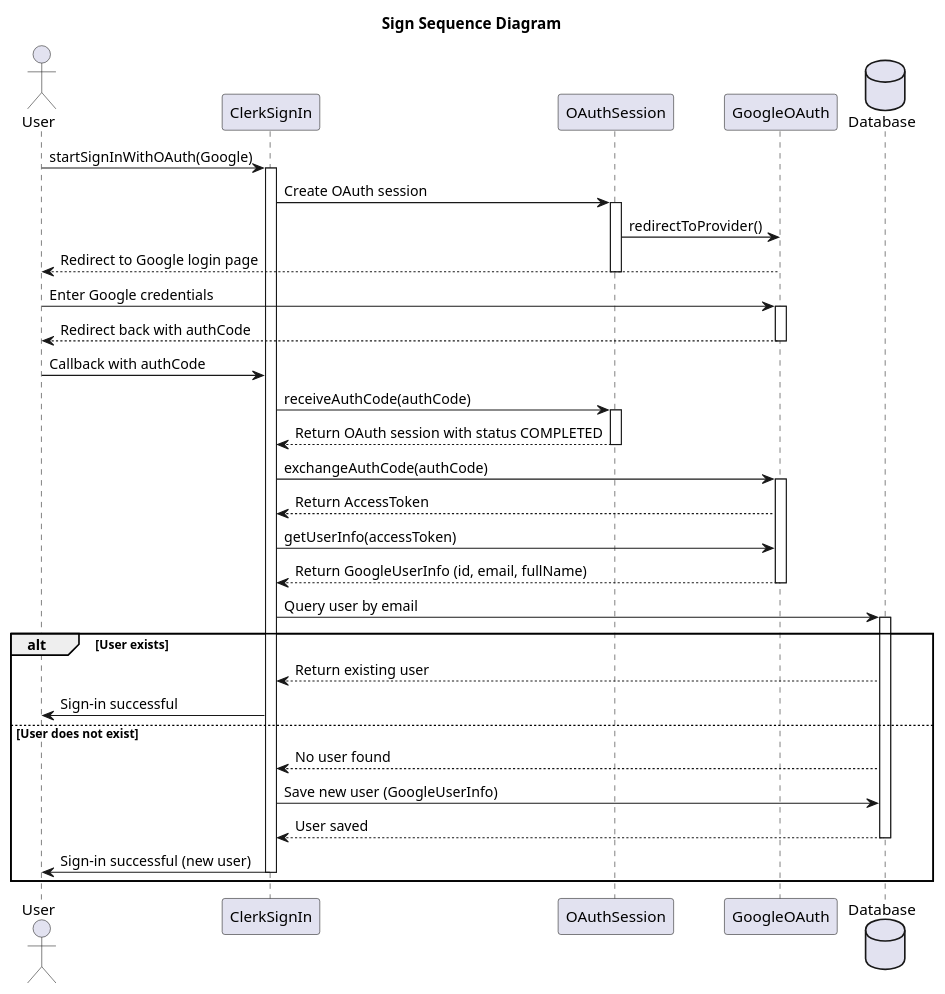
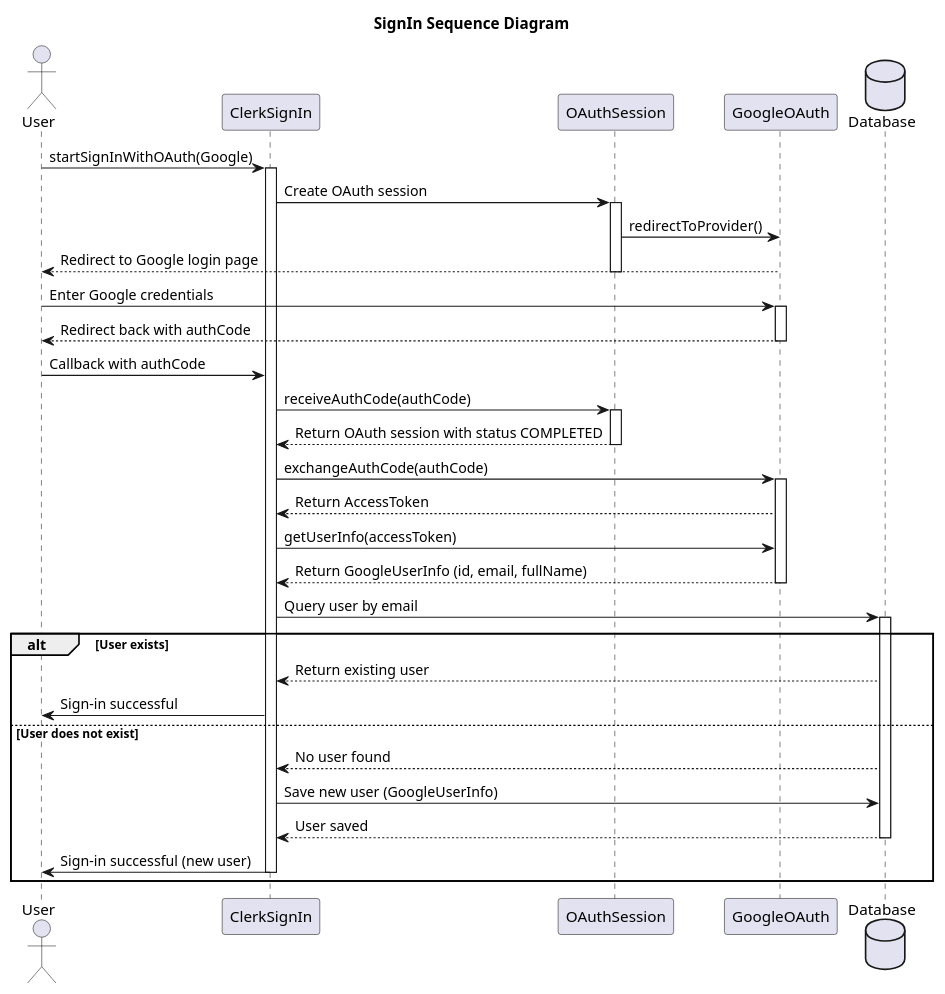
The diagram in ClassDiagram/Authentication/SignInSequenceDiagram.plantuml (Caothuludau/InSyncDocument), drawn with PlantUML before and after one commit. The commit also changed 132 other files, not shown here.

```diff
--- a/ClassDiagram/Authentication/SignInSequenceDiagram.plantuml
+++ b/ClassDiagram/Authentication/SignInSequenceDiagram.plantuml
@@ -1,71 +1,71 @@
 @startuml SignSequenceDiagram
 skinparam classAttributeIconSize 0
-Title Sign Sequence Diagram
+Title SignIn Sequence Diagram
 'Character	Visibility
 '-			private
 '#			protected
 '~			package private
 '+			public
 
 'Extension	<|--	Quan hệ mở rộng từ (là extends hoặc implements nhưng ko có annotations trong code)
 'Composition	*--	 Quan hệ gắn kết chặt chẽ : part - of
 'Aggregation	o--	Quan hệ liên kết giữa hai thực thể : use, has
 
 ' Include các file vào trong file để sử dụng'
     actor "User" as U
 participant "ClerkSignIn" as CS
 participant "OAuthSession" as OS
 participant "GoogleOAuth" as GO
 database "Database" as DB
 
 ' Người dùng bắt đầu quy trình đăng nhập
 U -> CS : startSignInWithOAuth(Google)
 activate CS
 CS -> OS : Create OAuth session
 activate OS
 OS -> GO : redirectToProvider()
 GO --> U : Redirect to Google login page
 deactivate OS
 
 ' Người dùng đăng nhập vào Google
 U -> GO : Enter Google credentials
 activate GO
 GO --> U : Redirect back with authCode
 deactivate GO
 
 ' Hệ thống nhận mã xác thực từ Google
 U -> CS : Callback with authCode
 CS -> OS : receiveAuthCode(authCode)
 activate OS
 OS --> CS : Return OAuth session with status COMPLETED
 deactivate OS
 
 ' Trao đổi mã xác thực để lấy access token
 CS -> GO : exchangeAuthCode(authCode)
 activate GO
 GO --> CS : Return AccessToken
 
 ' Lấy thông tin người dùng từ Google
 CS -> GO : getUserInfo(accessToken)
 GO --> CS : Return GoogleUserInfo (id, email, fullName)
 deactivate GO
 
 ' Kiểm tra người dùng trong hệ thống
 CS -> DB : Query user by email
 activate DB
 alt User exists
     DB --> CS : Return existing user
     CS -> U : Sign-in successful
 else User does not exist
     DB --> CS : No user found
     CS -> DB : Save new user (GoogleUserInfo)
     DB --> CS : User saved
     deactivate DB
     CS -> U : Sign-in successful (new user)
     deactivate CS
 end
 deactivate DB
 
 deactivate CS
 
 @enduml
```
